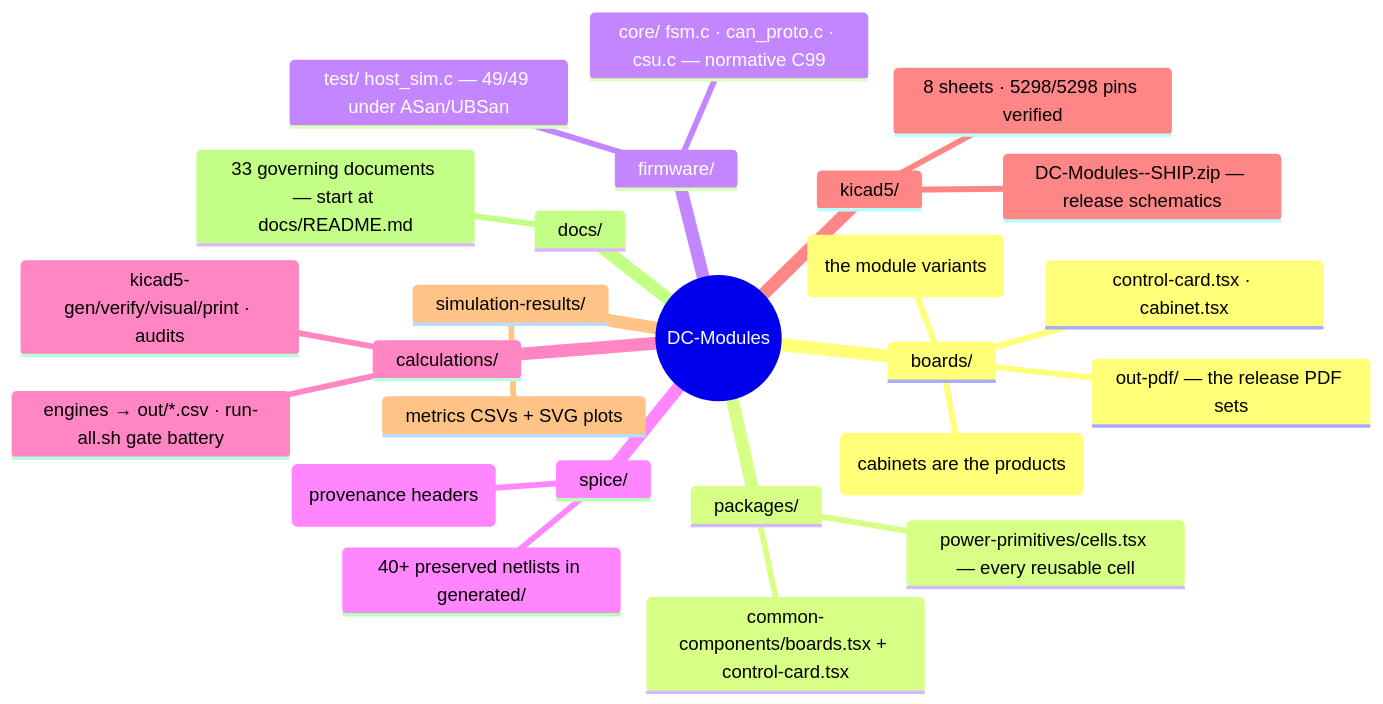
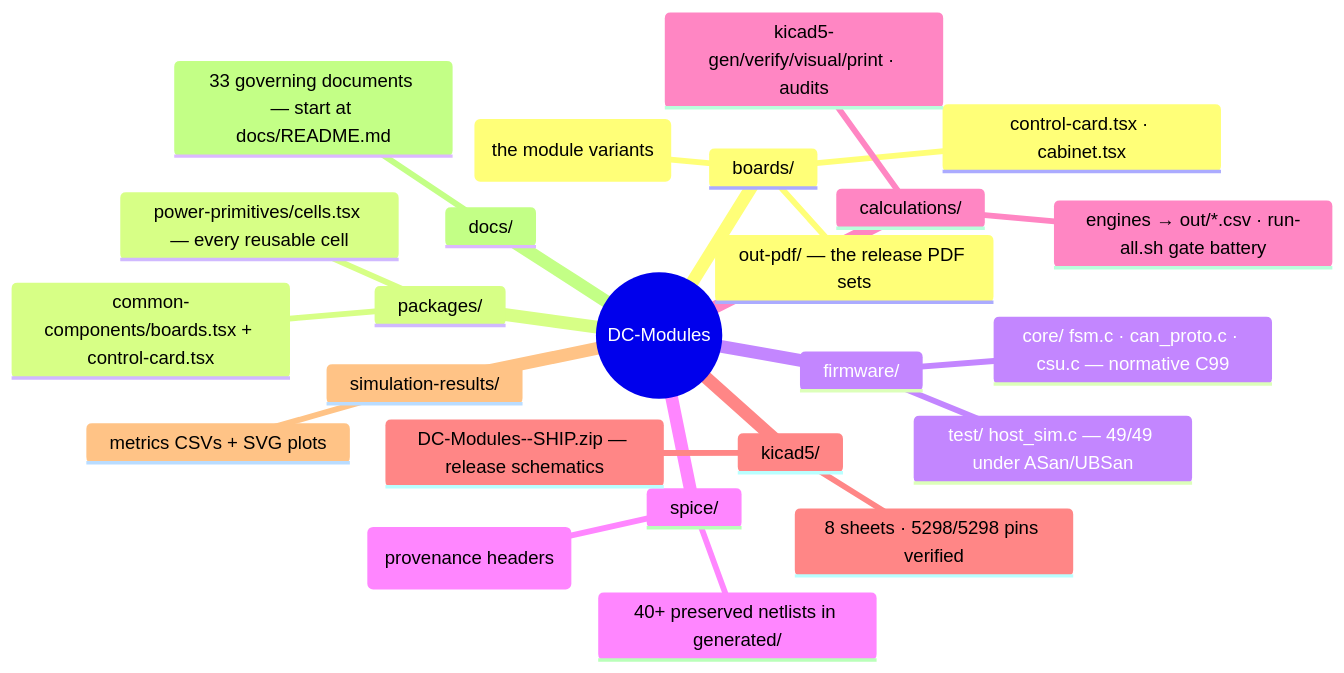
The second of 3 diagrams in README.md (vectivolt/DC-Modules), drawn with Mermaid before and after one commit. The commit also changed 60 other files, not shown here.

````diff
--- a/README.md
+++ b/README.md
@@ -140,28 +140,27 @@
 ```mermaid
 mindmap
   root((DC-Modules))
     boards/
-      30kw · 40kw — acdc.tsx + dcdc.tsx (the module variants)
+      30kw · 40kw · 50kw · 50kwa — acdc.tsx + dcdc.tsx (the module variants)
       control-card.tsx · cabinet.tsx
-      60kw/ · 120kw/ — retired references (cabinets are the products)
       out-pdf/ — the release PDF sets
     packages/
       power-primitives/cells.tsx — every reusable cell
       common-components/boards.tsx + control-card.tsx
     firmware/
       core/ fsm.c · can_proto.c · csu.c — normative C99
       test/ host_sim.c — 49/49 under ASan/UBSan
     spice/
       models/ behavioral SiC lib (provenance headers)
       40+ preserved netlists in generated/
     calculations/
       engines → out/*.csv · run-all.sh gate battery
       kicad5-gen/verify/visual/print · audits
     kicad5/
       DC-Modules-<target>-SHIP.zip — release schematics
       8 sheets · 5298/5298 pins verified
     simulation-results/
       metrics CSVs + SVG plots
     docs/
       33 governing documents — start at docs/README.md
 ```
````
